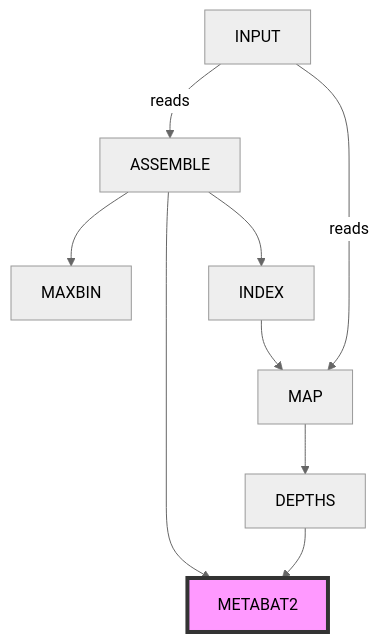
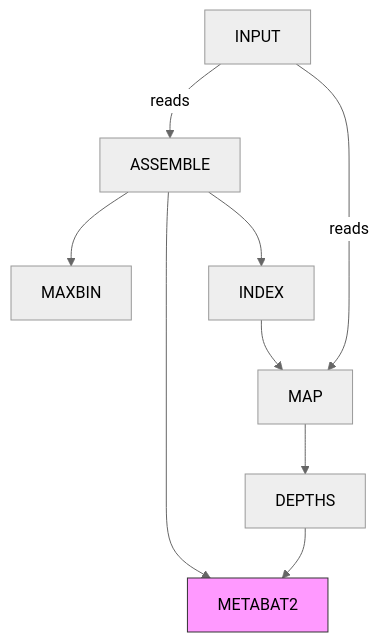
Before and after one commit to telatin/nf-channel-error: the diagram in README.md, drawn with Mermaid (neutral theme).

````diff
--- a/README.md
+++ b/README.md
@@ -9,12 +9,12 @@
 ```mermaid
 graph TD;
   INPUT -- reads --> ASSEMBLE;
   INPUT -- reads -->   MAP;
   ASSEMBLE --> MAXBIN;
   ASSEMBLE --> INDEX;
   INDEX --> MAP;
   MAP --> DEPTHS;
   DEPTHS --> METABAT2;
   ASSEMBLE --> METABAT2;
-  style METABAT2 fill:#f9f,stroke:#333,stroke-width:4px
+  style METABAT2 fill:#f9f,stroke:#333,stroke-width:1px
 ```
````
